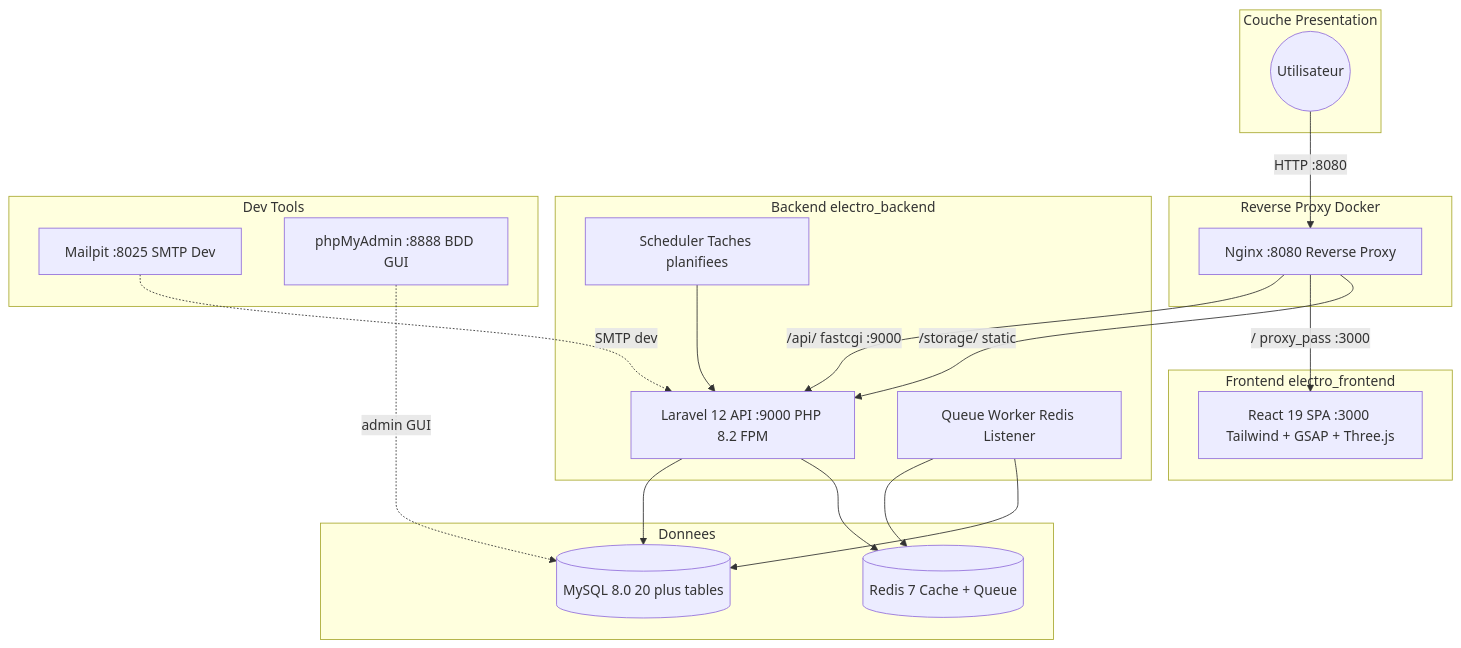
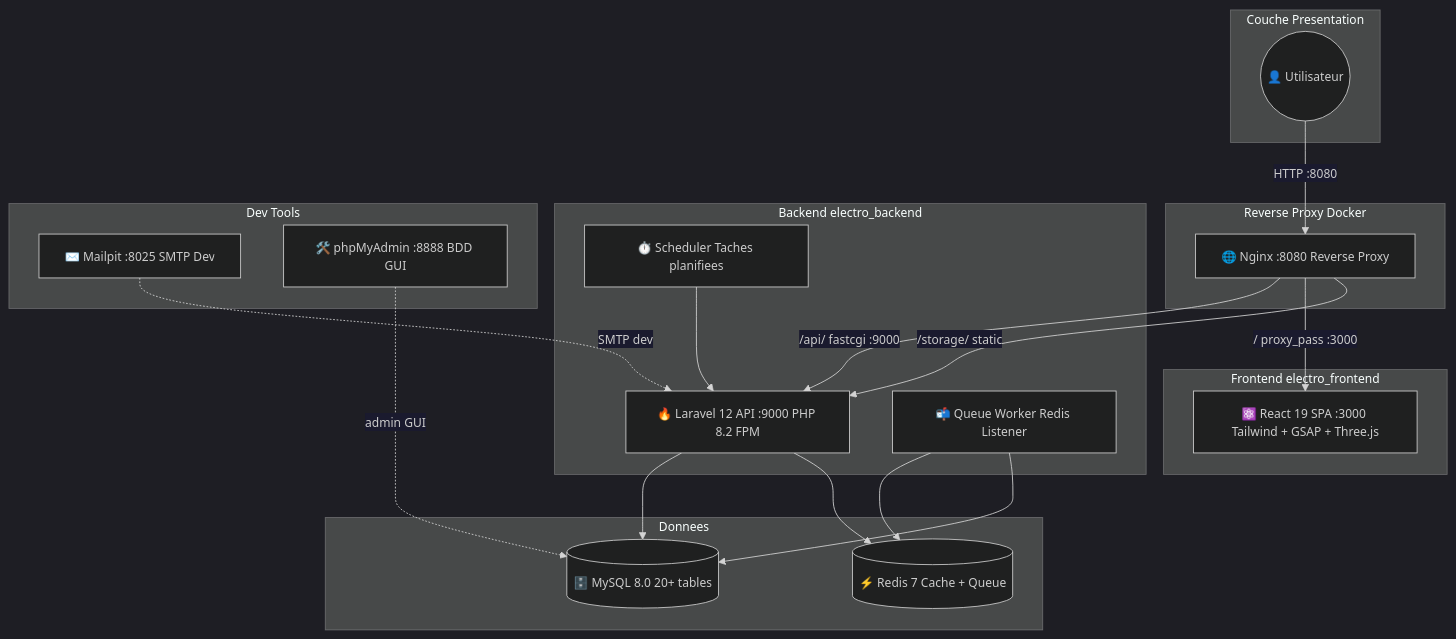
The first of 10 diagrams in README.md (zakariach05/05-Electro-profesionnels), drawn with Mermaid before and after one commit. The commit also changed other lines of this file, not shown here.

````diff
--- a/README.md
+++ b/README.md
@@ -94,42 +100,43 @@
 ```mermaid
+%%{init: {'theme':'dark', 'themeVariables': { 'primaryColor': '#61DAFB', 'edgeLabelBackground':'#1a1a2e', 'fontSize':'14px'}}}%%
 graph TB
     subgraph "Couche Presentation"
-        USER((Utilisateur))
+        USER((👤 Utilisateur))
     end
 
     subgraph "Reverse Proxy Docker"
-        NGINX[Nginx :8080 Reverse Proxy]
+        NGINX[🌐 Nginx :8080 Reverse Proxy]
     end
 
     subgraph "Frontend electro_frontend"
-        REACT[React 19 SPA :3000 Tailwind + GSAP + Three.js]
+        REACT[⚛️ React 19 SPA :3000 Tailwind + GSAP + Three.js]
     end
 
     subgraph "Backend electro_backend"
-        LARAVEL[Laravel 12 API :9000 PHP 8.2 FPM]
-        QUEUE[Queue Worker Redis Listener]
-        SCHED[Scheduler Taches planifiees]
+        LARAVEL[🔥 Laravel 12 API :9000 PHP 8.2 FPM]
+        QUEUE[📬 Queue Worker Redis Listener]
+        SCHED[⏱️ Scheduler Taches planifiees]
     end
 
     subgraph "Donnees"
-        MYSQL[(MySQL 8.0 20 plus tables)]
-        REDIS[(Redis 7 Cache + Queue)]
+        MYSQL[(🗄️ MySQL 8.0 20+ tables)]
+        REDIS[(⚡ Redis 7 Cache + Queue)]
     end
 
     subgraph "Dev Tools"
-        MAIL[Mailpit :8025 SMTP Dev]
-        PHPMY[phpMyAdmin :8888 BDD GUI]
+        MAIL[✉️ Mailpit :8025 SMTP Dev]
+        PHPMY[🛠️ phpMyAdmin :8888 BDD GUI]
     end
 
     USER -->|HTTP :8080| NGINX
     NGINX -->|/api/ fastcgi :9000| LARAVEL
     NGINX -->|/ proxy_pass :3000| REACT
     NGINX -->|/storage/ static| LARAVEL
     LARAVEL --> MYSQL
     LARAVEL --> REDIS
     QUEUE --> REDIS
     QUEUE --> MYSQL
     SCHED --> LARAVEL
     MAIL -.->|SMTP dev| LARAVEL
     PHPMY -.->|admin GUI| MYSQL
 ```
````
